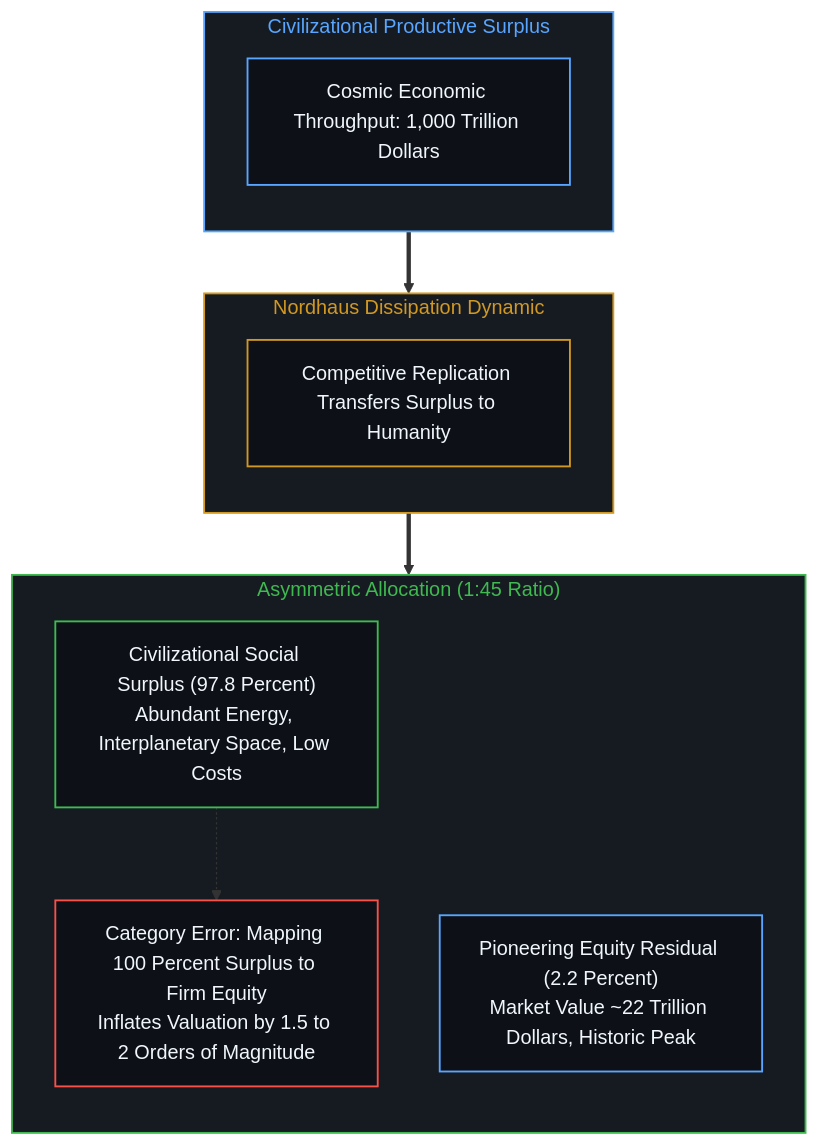
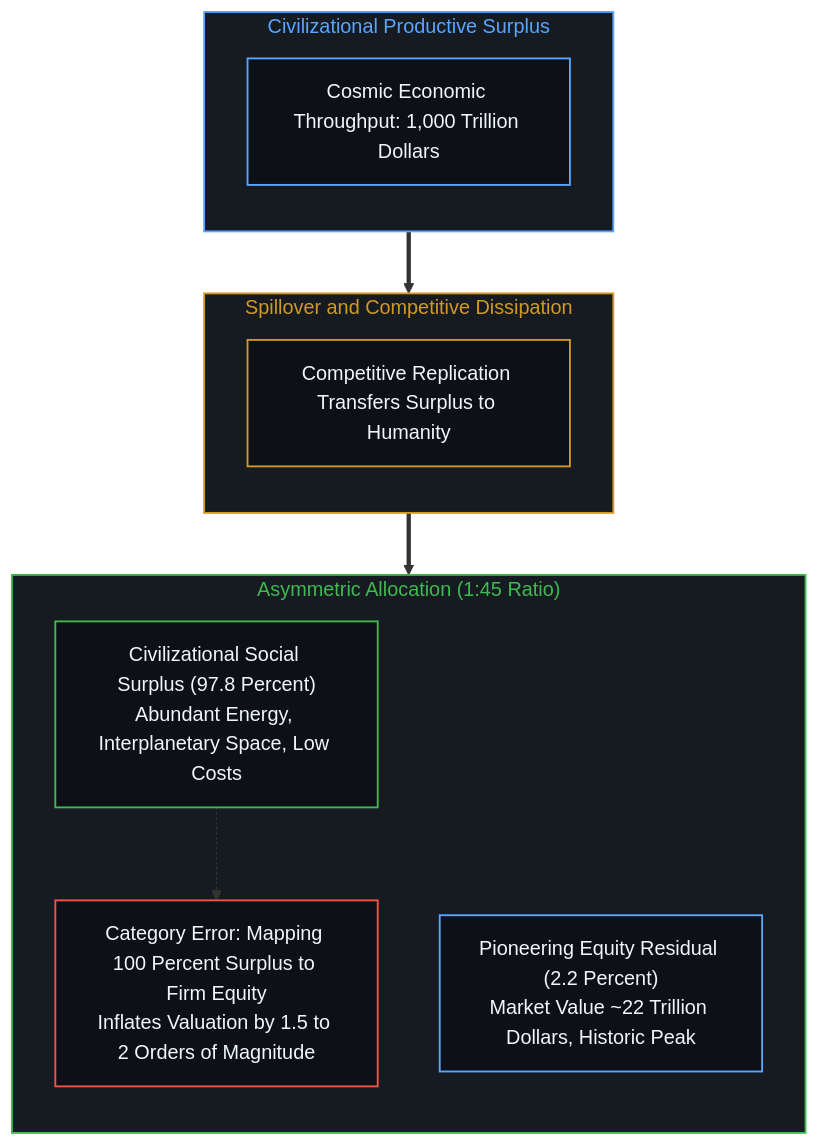
Before and after one commit to powerpig99/not-a-toe: the eighth of 14 diagrams in content/posts/beyond-the-hundred-trillion-horizon.md, drawn with Mermaid. The commit also changed other lines of this file and 4 other files, not shown here.

````diff
--- a/content/posts/beyond-the-hundred-trillion-horizon.md
+++ b/content/posts/beyond-the-hundred-trillion-horizon.md
@@ -309,33 +309,33 @@
 ```mermaid
 flowchart TD
     classDef default fill:#0d1117,stroke:#30363d,stroke-width:1px,color:#f0f6fc;
     classDef mind fill:#0d1117,stroke:#3fb950,stroke-width:1.5px,color:#f0f6fc;
     classDef warn fill:#0d1117,stroke:#d29922,stroke-width:1.5px,color:#f0f6fc;
     classDef fail fill:#0d1117,stroke:#f85149,stroke-width:1.5px,color:#f0f6fc;
     classDef model fill:#0d1117,stroke:#58a6ff,stroke-width:1.5px,color:#f0f6fc;
 
     subgraph S_TOTAL_EN ["Civilizational Productive Surplus"]
         direction TB
         COSMIC_SURPLUS["Cosmic Economic Throughput: 1,000 Trillion Dollars"]:::model
     end
 
-    subgraph S_DIFFUSE_EN ["Nordhaus Dissipation Dynamic"]
+    subgraph S_DIFFUSE_EN ["Spillover and Competitive Dissipation"]
         direction TB
         DISSIPATE["Competitive Replication Transfers Surplus to Humanity"]:::warn
     end
 
     subgraph S_SHARES_EN ["Asymmetric Allocation (1:45 Ratio)"]
         direction TB
         PUBLIC_DIVIDEND["Civilizational Social Surplus (97.8 Percent)<br/>Abundant Energy, Interplanetary Space, Low Costs"]:::mind
         PRIVATE_EQUITY["Pioneering Equity Residual (2.2 Percent)<br/>Market Value ~22 Trillion Dollars, Historic Peak"]:::model
         MISMATCH["Category Error: Mapping 100 Percent Surplus to Firm Equity<br/>Inflates Valuation by 1.5 to 2 Orders of Magnitude"]:::fail
         PUBLIC_DIVIDEND -.-> MISMATCH
     end
 
     S_TOTAL_EN ==> S_DIFFUSE_EN
     S_DIFFUSE_EN ==> S_SHARES_EN
 
     style S_TOTAL_EN fill:#161b22,stroke:#58a6ff,stroke-width:1.5px,color:#58a6ff
     style S_DIFFUSE_EN fill:#161b22,stroke:#d29922,stroke-width:1.5px,color:#d29922
     style S_SHARES_EN fill:#161b22,stroke:#3fb950,stroke-width:1.5px,color:#3fb950
 ```
````
